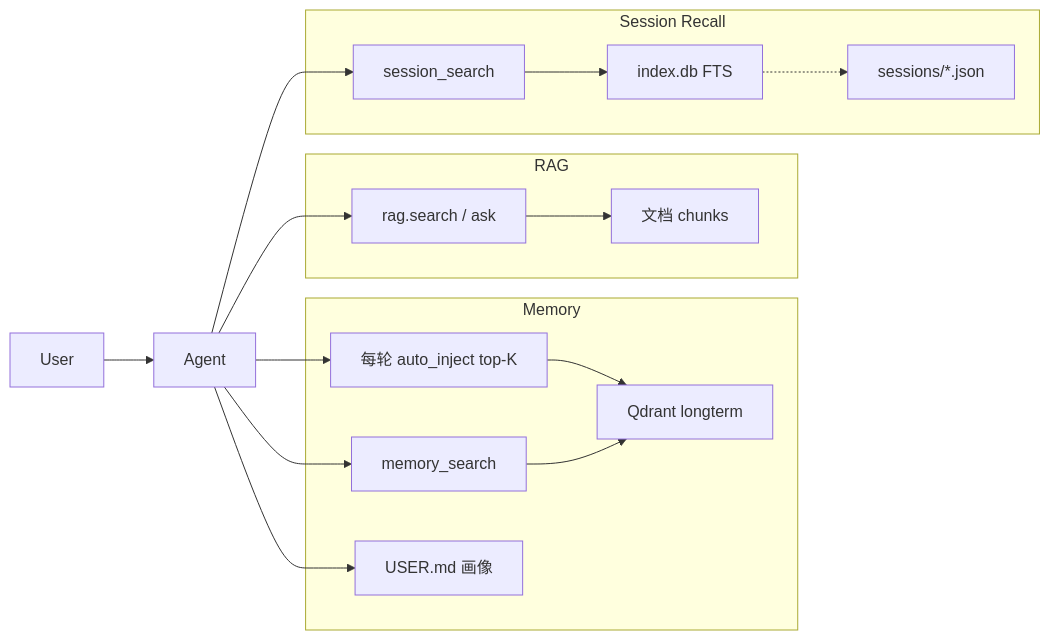
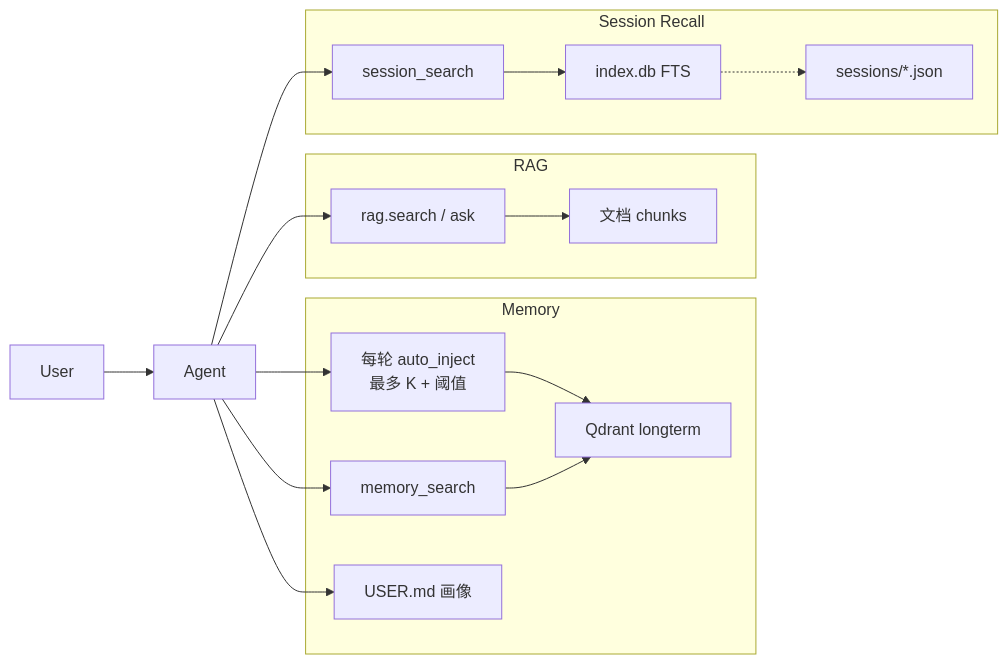
The fifth of 6 diagrams in docs/MyClaw实现详解/MyClaw_Memory实现文档.md (promisestar/MyClaw), drawn with Mermaid before and after one commit. The commit also changed other lines of this file and 15 other files, not shown here.

````diff
--- a/docs/MyClaw实现详解/MyClaw_Memory实现文档.md
+++ b/docs/MyClaw实现详解/MyClaw_Memory实现文档.md
@@ -341,29 +344,29 @@
 ```mermaid
 flowchart LR
     subgraph mem["Memory"]
         M1["Qdrant longterm"]
-        M2["每轮 auto_inject top-K"]
+        M2["每轮 auto_inject<br/>最多 K + 阈值"]
         M3["memory_search"]
         M4["USER.md 画像"]
     end
     subgraph rag["RAG"]
         R1["文档 chunks"]
         R2["rag.search / ask"]
     end
     subgraph sess["Session Recall"]
         S1["sessions/*.json"]
         S2["index.db FTS"]
         S3["session_search"]
     end
     User --> Agent
     Agent --> M2
     Agent --> M3
     Agent --> M4
     Agent --> R2
     Agent --> S3
     M2 --> M1
     M3 --> M1
     R2 --> R1
     S3 --> S2
     S2 -.-> S1
 ```
````
